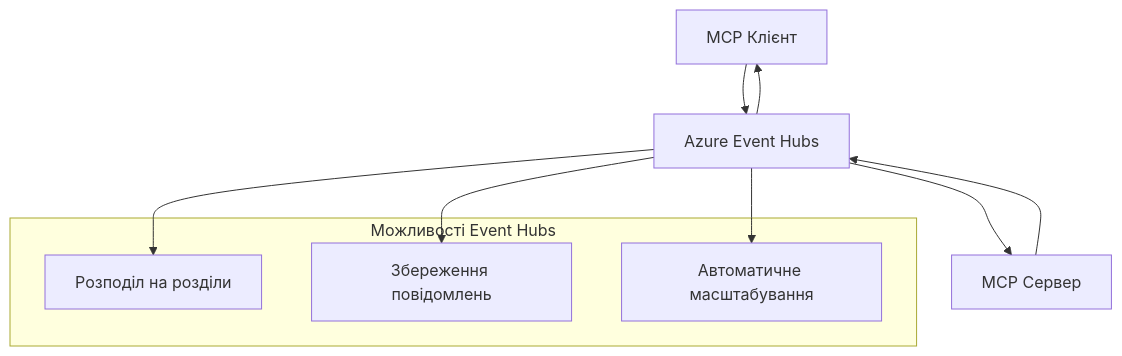
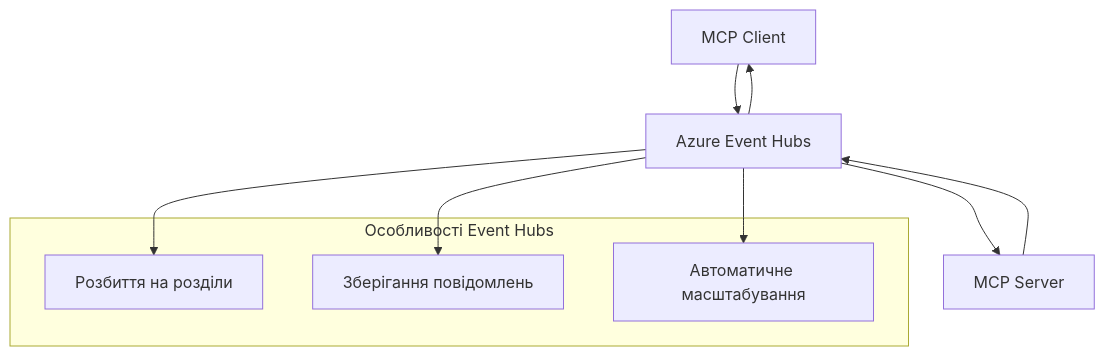
One commit to HIDORAKAI002/ai-workspace-archive changed the second of 2 diagrams in mcp_ecosystem__model_context_protocol/mcp_learning_resources/mcp-for-beginners/translations/uk/05-AdvancedTopics/mcp-transport/README.md. Above: the diagram before and after it, drawn with Mermaid. The commit also changed other lines of this file and 1539 other files, not shown here.

````diff
--- a/mcp_ecosystem__model_context_protocol/mcp_learning_resources/mcp-for-beginners/translations/uk/05-AdvancedTopics/mcp-transport/README.md
+++ b/mcp_ecosystem__model_context_protocol/mcp_learning_resources/mcp-for-beginners/translations/uk/05-AdvancedTopics/mcp-transport/README.md
@@ -269,17 +270,17 @@
 ```mermaid
 graph TB
-    Client[MCP Клієнт] --> EH[Azure Event Hubs]
-    EH --> Server[MCP Сервер]
+    Client[MCP Client] --> EH[Azure Event Hubs]
+    EH --> Server[MCP Server]
     Server --> EH
     EH --> Client
     
-    subgraph "Можливості Event Hubs"
-        Partition[Розподіл на розділи]
-        Retention[Збереження повідомлень]
+    subgraph "Особливості Event Hubs"
+        Partition[Розбиття на розділи]
+        Retention[Зберігання повідомлень]
         Scaling[Автоматичне масштабування]
     end
     
     EH --> Partition
     EH --> Retention
     EH --> Scaling
 ```
````
